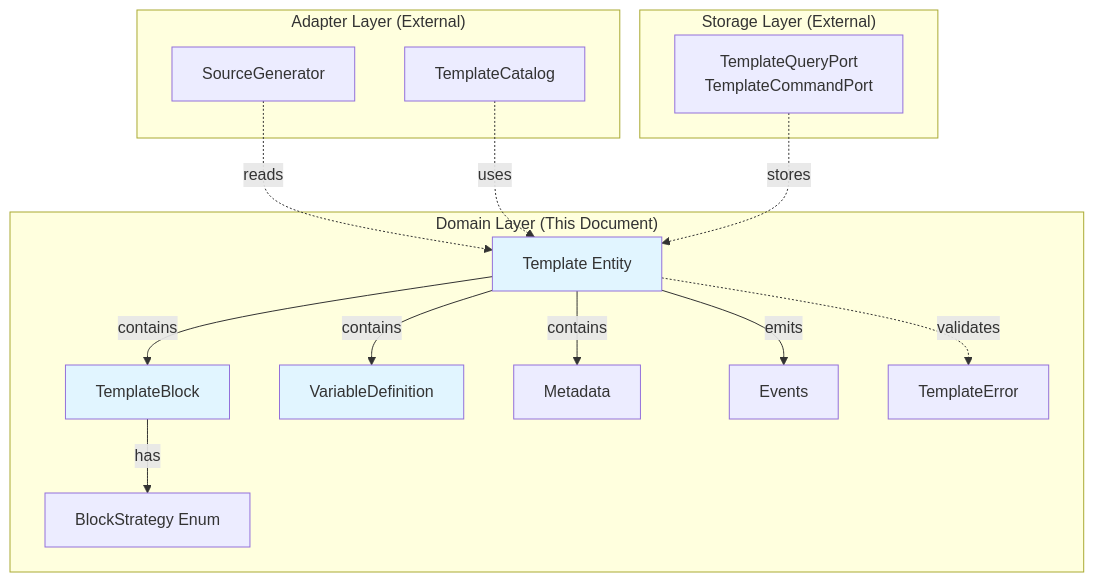
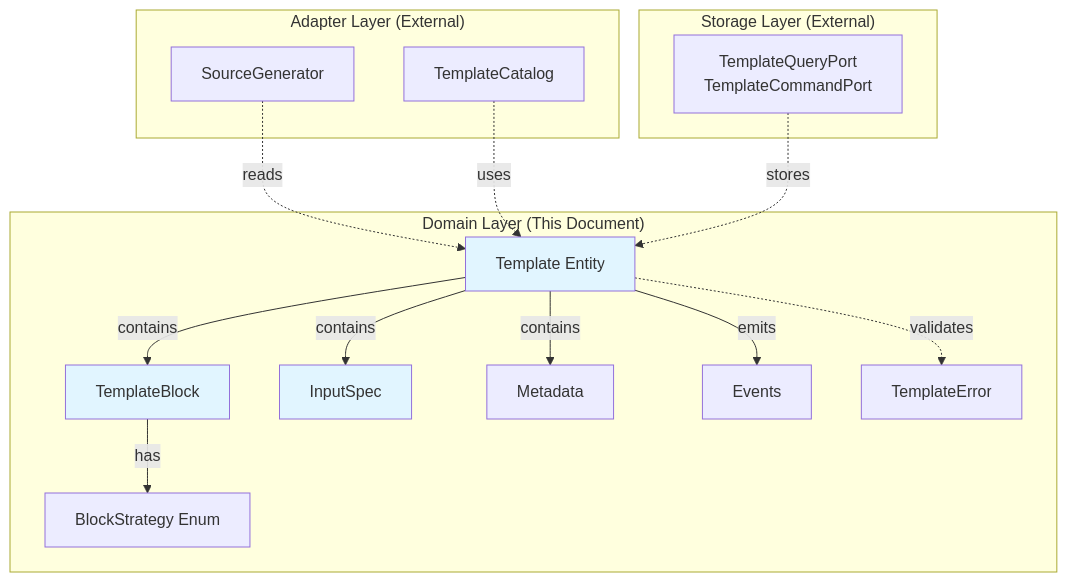
The first of 3 diagrams in docs/design/012-template-models.md (JackMatanky/lithos), drawn with Mermaid before and after one commit. The commit also changed other lines of this file and 16 other files, not shown here.

Commit message:
refactor(template): rename VariableDefinition to InputSpec

````diff
--- a/docs/design/012-template-models.md
+++ b/docs/design/012-template-models.md
@@ -274,37 +274,37 @@
 ```mermaid
 graph TB
     subgraph "Domain Layer (This Document)"
         Template[Template Entity]
         Block[TemplateBlock]
         BlockStrategy[BlockStrategy Enum]
-        VarDef[VariableDefinition]
+        VarDef[InputSpec]
         Metadata[Metadata]
         Events[Events]
         Errors[TemplateError]
 
         Template -->|contains| Block
         Template -->|contains| VarDef
         Template -->|contains| Metadata
         Template -->|emits| Events
         Block -->|has| BlockStrategy
         Template -.validates.-> Errors
     end
 
     subgraph "Adapter Layer (External)"
         SourceGen[SourceGenerator]
         Catalog[TemplateCatalog]
 
         SourceGen -.reads.-> Template
         Catalog -.uses.-> Template
     end
 
     subgraph "Storage Layer (External)"
         Ports[TemplateQueryPort<br/>TemplateCommandPort]
 
         Ports -.stores.-> Template
     end
 
     style Template fill:#e1f5ff
     style Block fill:#e1f5ff
     style VarDef fill:#e1f5ff
 ```
````
